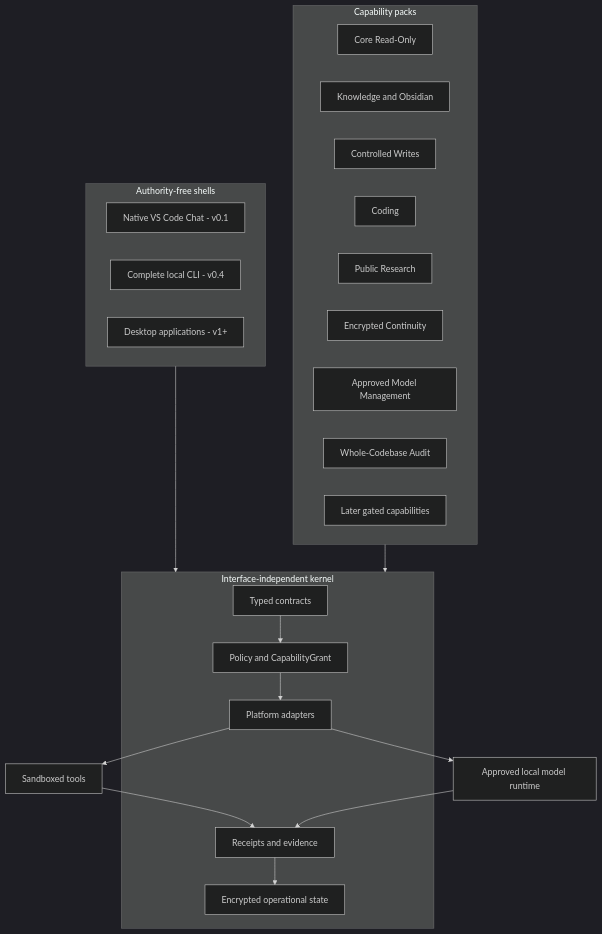
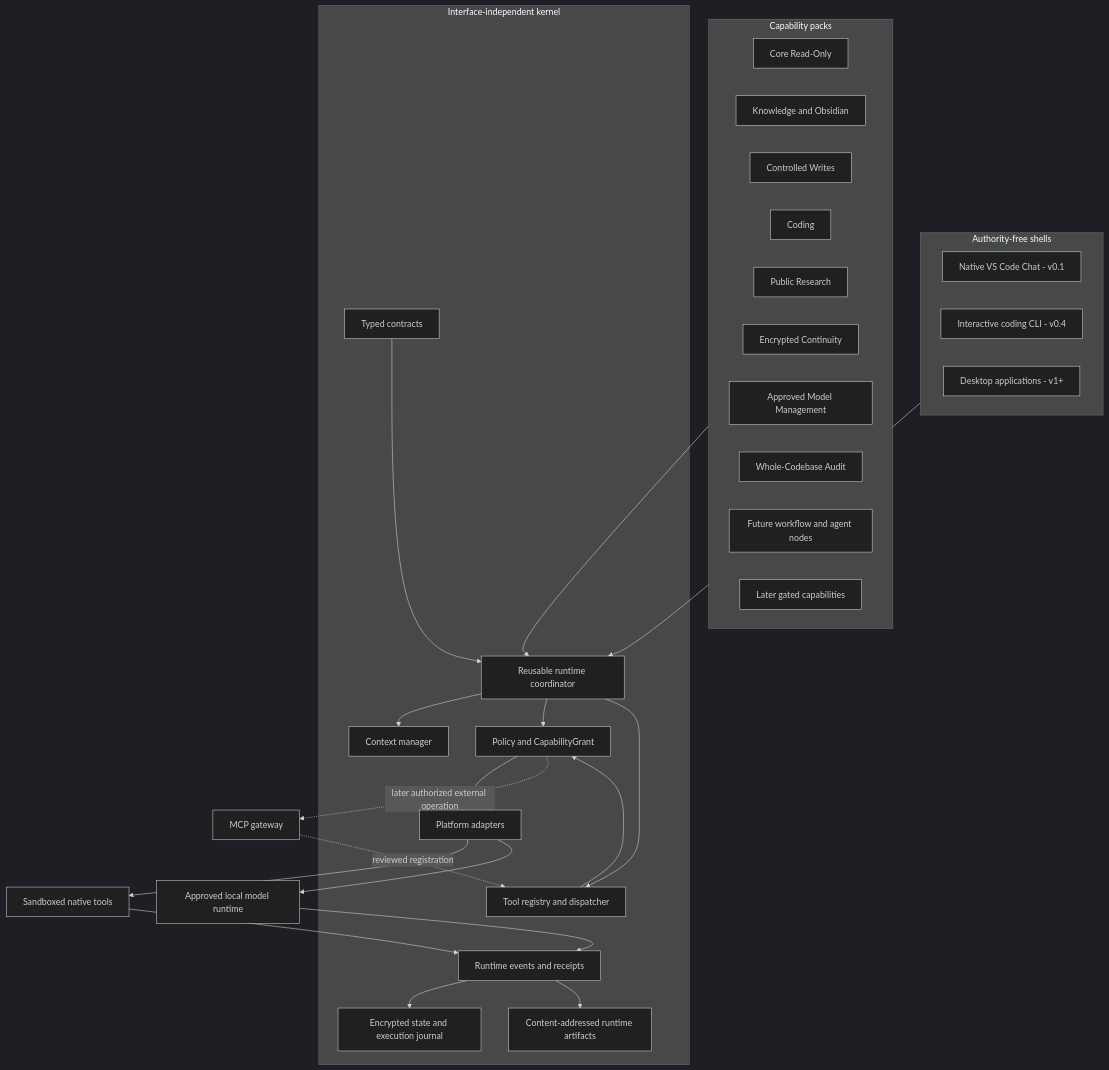
Before and after one commit to AaronNHorvitz/AgentMage: the first of 6 diagrams in PRD.md, drawn with Mermaid (dark theme). The commit also changed other lines of this file and 13 other files, not shown here.

Commit message:
docs(planning): integrate reusable coding harness roadmap

````diff
--- a/PRD.md
+++ b/PRD.md
@@ -166,38 +167,50 @@
 ```mermaid
 flowchart TB
     subgraph Shells["Authority-free shells"]
         VSC["Native VS Code Chat - v0.1"]
-        CLI["Complete local CLI - v0.4"]
+        CLI["Interactive coding CLI - v0.4"]
         DESK["Desktop applications - v1+"]
     end
 
     subgraph Packs["Capability packs"]
         CORE["Core Read-Only"]
         KNOW["Knowledge and Obsidian"]
         WRITE["Controlled Writes"]
         CODE["Coding"]
         RESEARCH["Public Research"]
         CONTINUITY["Encrypted Continuity"]
         MODELS["Approved Model Management"]
         AUDIT["Whole-Codebase Audit"]
+        FLOW["Future workflow and agent nodes"]
         LATER["Later gated capabilities"]
     end
 
     subgraph Kernel["Interface-independent kernel"]
         CONTRACTS["Typed contracts"]
+        RUNTIME["Reusable runtime coordinator"]
+        CONTEXT["Context manager"]
+        TOOLREG["Tool registry and dispatcher"]
         POLICY["Policy and CapabilityGrant"]
-        EVIDENCE["Receipts and evidence"]
-        STATE["Encrypted operational state"]
+        EVENTS["Runtime events and receipts"]
+        STATE["Encrypted state and execution journal"]
+        ARTIFACTS["Content-addressed runtime artifacts"]
         ADAPTERS["Platform adapters"]
     end
 
-    Shells --> Kernel
-    Packs --> Kernel
-    CONTRACTS --> POLICY
+    Shells --> RUNTIME
+    Packs --> RUNTIME
+    CONTRACTS --> RUNTIME
+    RUNTIME --> CONTEXT
+    RUNTIME --> POLICY
+    RUNTIME --> TOOLREG
+    TOOLREG --> POLICY
     POLICY --> ADAPTERS
-    ADAPTERS --> TOOLS["Sandboxed tools"]
+    ADAPTERS --> TOOLS["Sandboxed native tools"]
+    MCP["MCP gateway"] -. "reviewed registration" .-> TOOLREG
+    POLICY -. "later authorized external operation" .-> MCP
     ADAPTERS --> MODEL["Approved local model runtime"]
-    TOOLS --> EVIDENCE
-    MODEL --> EVIDENCE
-    EVIDENCE --> STATE
+    TOOLS --> EVENTS
+    MODEL --> EVENTS
+    EVENTS --> STATE
+    EVENTS --> ARTIFACTS
 ```
````
